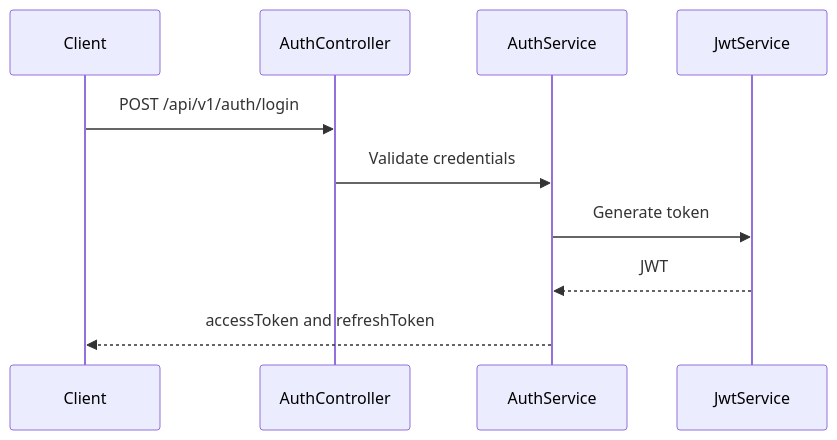
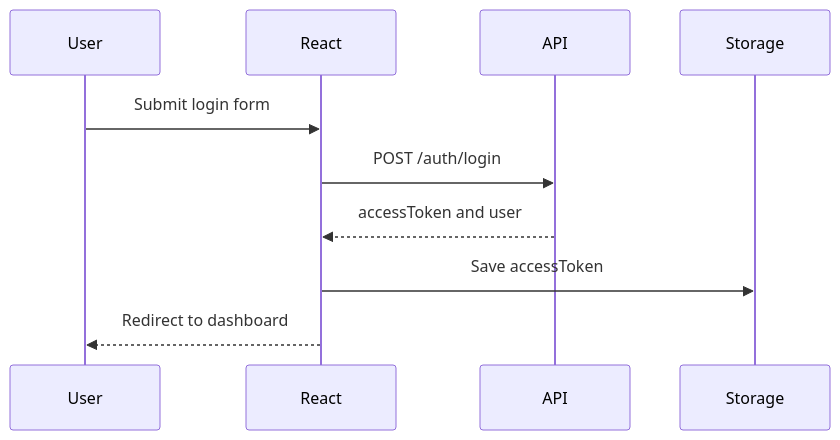
One commit to mthaiseer/springcloud-systemdesign-notes changed the ninth of 11 diagrams in HLD_NOTES/003_TECHNOLOGY_DEEP_DIVE/fullstack/001_REACT_GUIDE.md. Above: the diagram before and after it, drawn with Mermaid. The commit also changed other lines of this file and 1 other file, not shown here.

````diff
--- a/HLD_NOTES/003_TECHNOLOGY_DEEP_DIVE/fullstack/001_REACT_GUIDE.md
+++ b/HLD_NOTES/003_TECHNOLOGY_DEEP_DIVE/fullstack/001_REACT_GUIDE.md
@@ -670,13 +1154,13 @@
 ```mermaid
 sequenceDiagram
-    participant Client
-    participant AuthController
-    participant AuthService
-    participant JwtService
+    participant User
+    participant React
+    participant API
+    participant Storage
 
-    Client->>AuthController: POST /api/v1/auth/login
-    AuthController->>AuthService: Validate credentials
-    AuthService->>JwtService: Generate token
-    JwtService-->>AuthService: JWT
-    AuthService-->>Client: accessToken and refreshToken
+    User->>React: Submit login form
+    React->>API: POST /auth/login
+    API-->>React: accessToken and user
+    React->>Storage: Save accessToken
+    React-->>User: Redirect to dashboard
 ```
````
